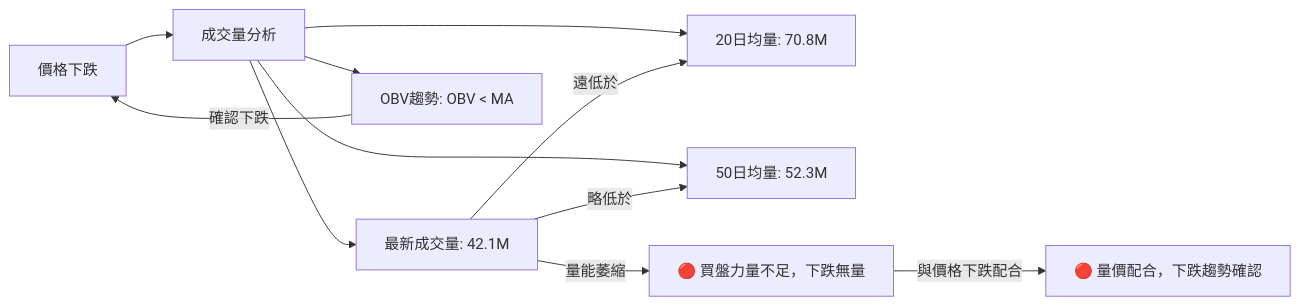
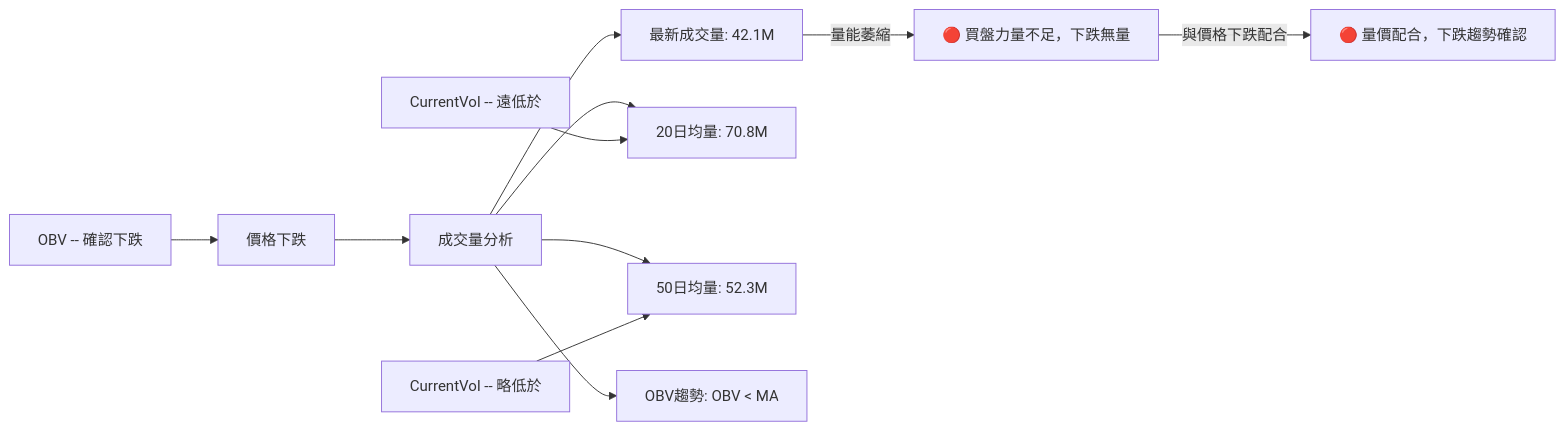
Before and after one commit to yennanliu/finance_data: the ninth of 9 diagrams in ai_gen_report/stock/nu/technical_analysis_2026-06-06_gemini.md, drawn with Mermaid. The commit also changed other lines of this file and 2258 other files, not shown here.

First line of the commit message:
chore: backfill Mermaid syntax repair across existing reports

````diff
--- a/ai_gen_report/stock/nu/technical_analysis_2026-06-06_gemini.md
+++ b/ai_gen_report/stock/nu/technical_analysis_2026-06-06_gemini.md
@@ -658,15 +658,15 @@
 ```mermaid
 graph LR
-    P[價格下跌] --> V[成交量分析]
-    V --> CurrentVol[最新成交量: 42.1M]
-    V --> AvgVol20[20日均量: 70.8M]
-    V --> AvgVol50[50日均量: 52.3M]
-    V --> OBV[OBV趨勢: OBV < MA]
+    P["價格下跌"] --> V["成交量分析"]
+    V --> CurrentVol["最新成交量: 42.1M"]
+    V --> AvgVol20["20日均量: 70.8M"]
+    V --> AvgVol50["50日均量: 52.3M"]
+    V --> OBV["OBV趨勢: OBV < MA"]
 
-    CurrentVol -- "遠低於" --> AvgVol20
-    CurrentVol -- "略低於" --> AvgVol50
+    nb1["CurrentVol -- "遠低於""] --> AvgVol20
+    nb2["CurrentVol -- "略低於""] --> AvgVol50
 
-    OBV -- "確認下跌" --> P
+    nb3["OBV -- "確認下跌""] --> P
     CurrentVol -- "量能萎縮" --> Weakness["🔴 買盤力量不足，下跌無量"]
     Weakness -- "與價格下跌配合" --> Bearish_Confirmation["🔴 量價配合，下跌趨勢確認"]
 ```
````
